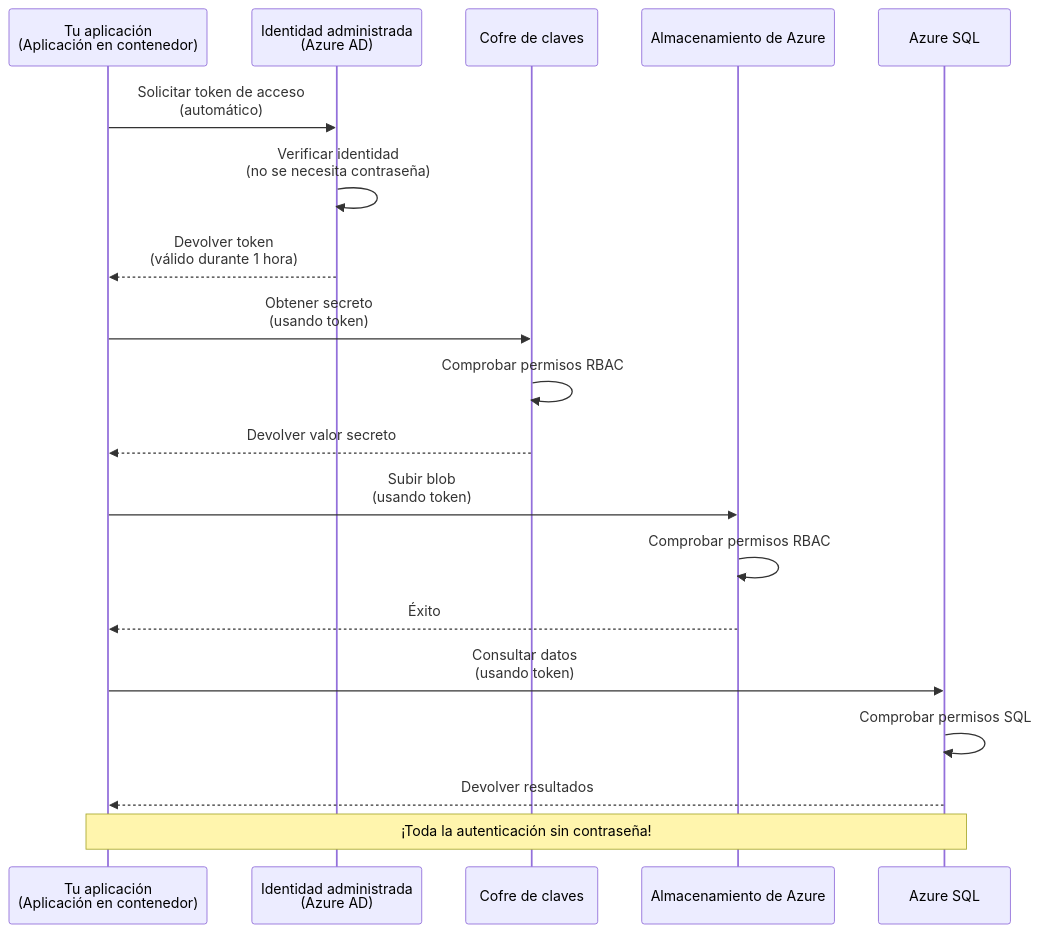
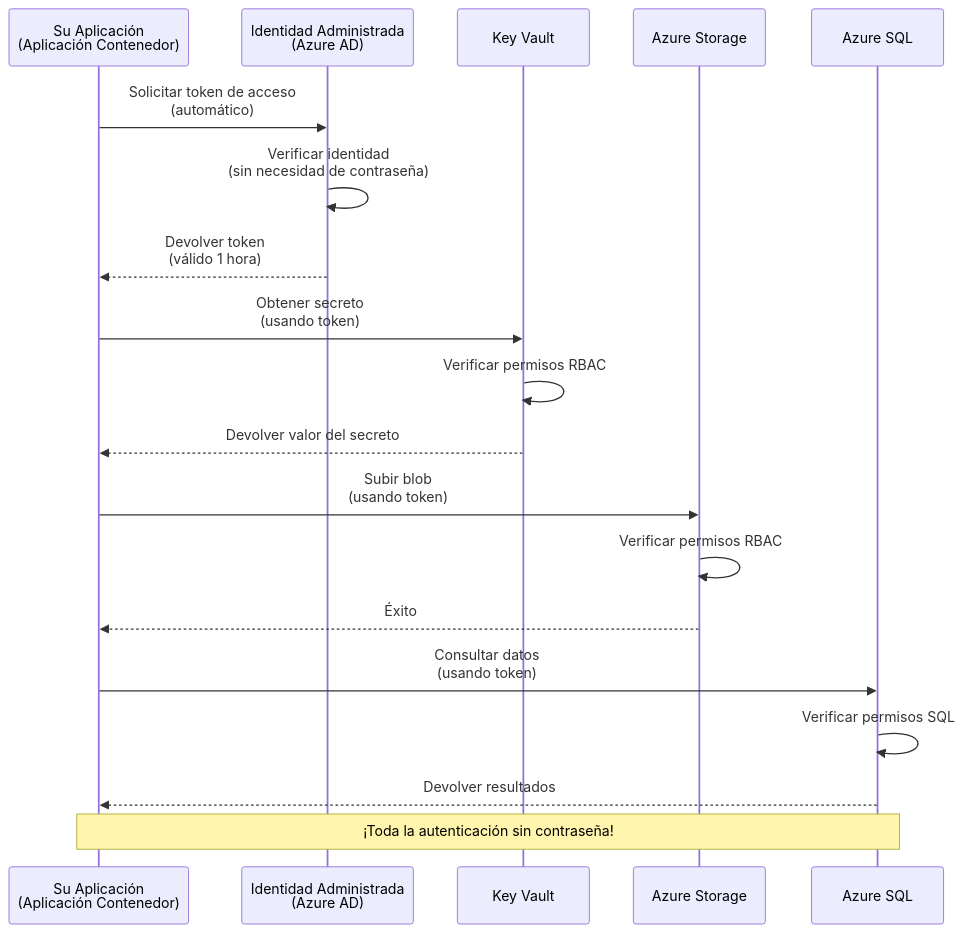
One commit to microsoft/AZD-for-beginners changed the first of 2 diagrams in translations/es/docs/chapter-03-configuration/authsecurity.md. Above: the diagram before and after it, drawn with Mermaid. The commit also changed other lines of this file and 101 other files, not shown here.

````diff
--- a/translations/es/docs/chapter-03-configuration/authsecurity.md
+++ b/translations/es/docs/chapter-03-configuration/authsecurity.md
@@ -69,26 +69,26 @@
 ```mermaid
 sequenceDiagram
-    participant App as Tu aplicación<br/>(Aplicación en contenedor)
-    participant MI as Identidad administrada<br/>(Azure AD)
-    participant KV as Cofre de claves
-    participant Storage as Almacenamiento de Azure
+    participant App as Su Aplicación<br/>(Aplicación Contenedor)
+    participant MI as Identidad Administrada<br/>(Azure AD)
+    participant KV as Key Vault
+    participant Storage as Azure Storage
     participant DB as Azure SQL
     
     App->>MI: Solicitar token de acceso<br/>(automático)
-    MI->>MI: Verificar identidad<br/>(no se necesita contraseña)
-    MI-->>App: Devolver token<br/>(válido durante 1 hora)
+    MI->>MI: Verificar identidad<br/>(sin necesidad de contraseña)
+    MI-->>App: Devolver token<br/>(válido 1 hora)
     
     App->>KV: Obtener secreto<br/>(usando token)
-    KV->>KV: Comprobar permisos RBAC
-    KV-->>App: Devolver valor secreto
+    KV->>KV: Verificar permisos RBAC
+    KV-->>App: Devolver valor del secreto
     
     App->>Storage: Subir blob<br/>(usando token)
-    Storage->>Storage: Comprobar permisos RBAC
+    Storage->>Storage: Verificar permisos RBAC
     Storage-->>App: Éxito
     
     App->>DB: Consultar datos<br/>(usando token)
-    DB->>DB: Comprobar permisos SQL
+    DB->>DB: Verificar permisos SQL
     DB-->>App: Devolver resultados
     
     Note over App,DB: ¡Toda la autenticación sin contraseña!
-```
+```  
````
